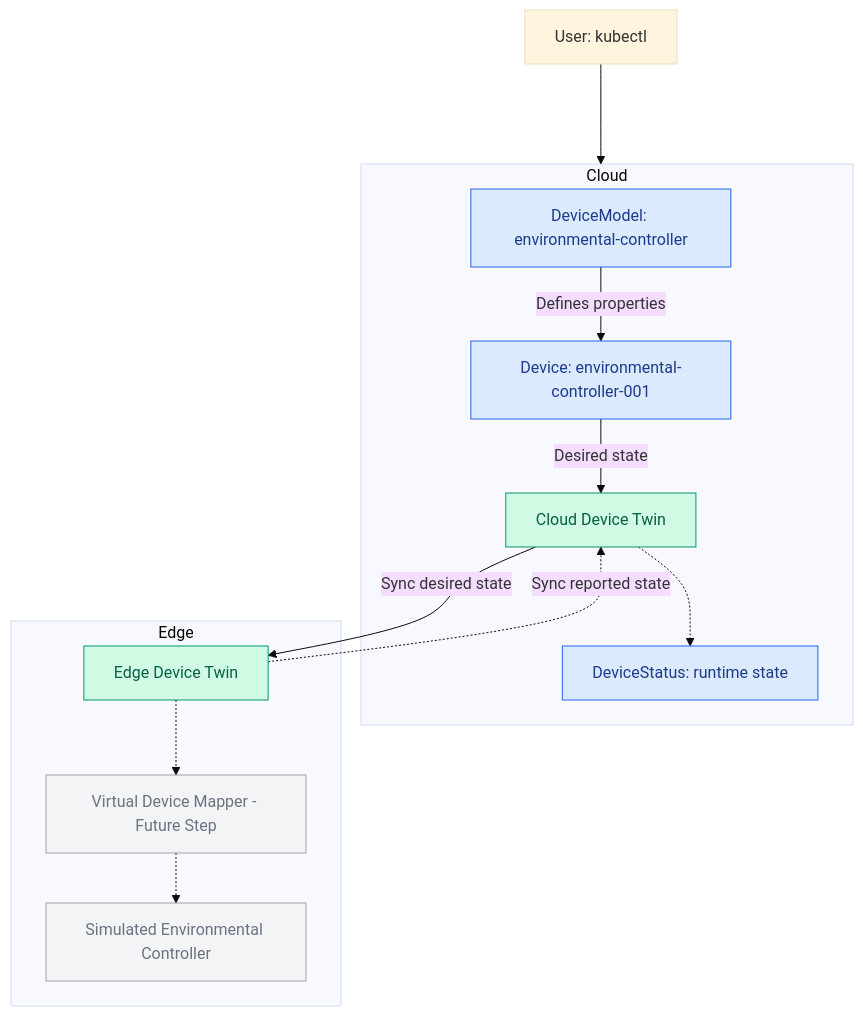
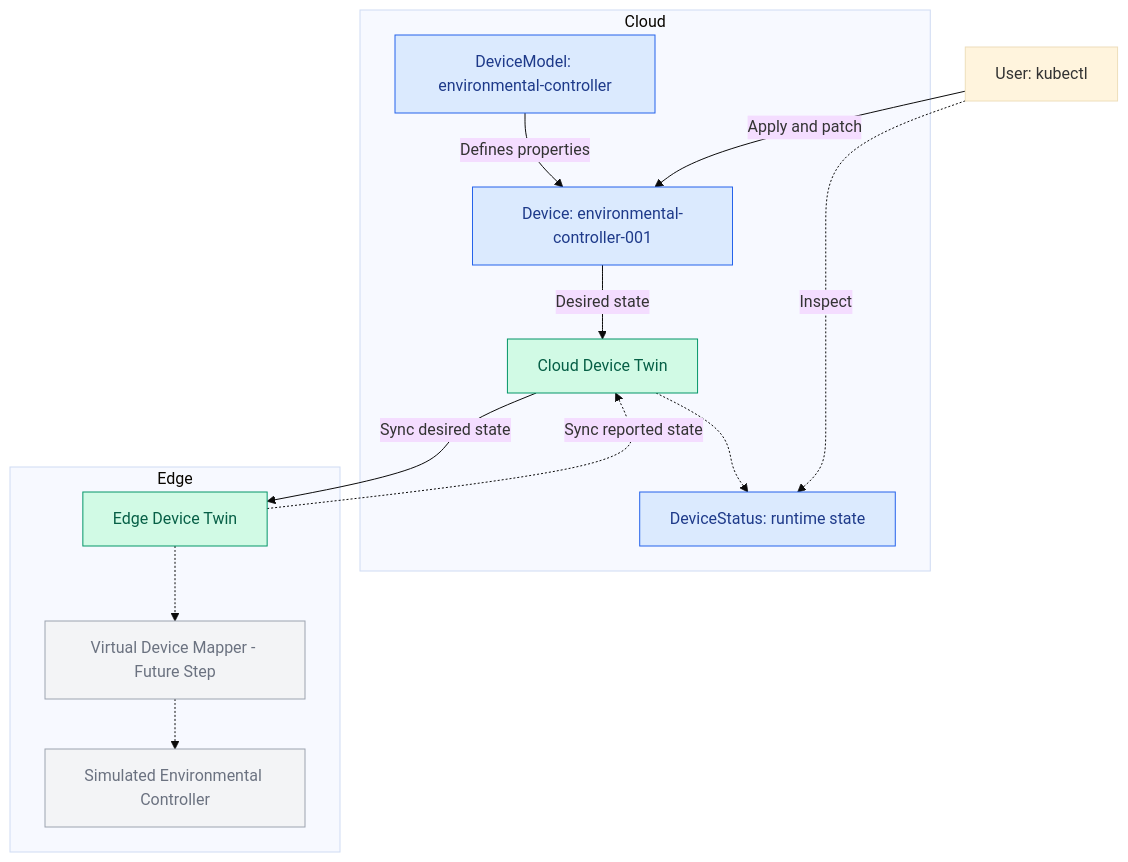
The second of 2 diagrams in README.md (neotera-eu/up2date4sdv-continuumx-playground), drawn with Mermaid (base theme) before and after one commit. The commit also changed other lines of this file, not shown here.

````diff
--- a/README.md
+++ b/README.md
@@ -336,40 +367,40 @@
 ```mermaid
 graph TB
     User["User: kubectl"]
 
     subgraph Cloud
         Model["DeviceModel: environmental-controller"]
         Device["Device: environmental-controller-001"]
         CloudTwin["Cloud Device Twin"]
         Status["DeviceStatus: runtime state"]
 
         Model -->|Defines properties| Device
         Device -->|Desired state| CloudTwin
         CloudTwin -.-> Status
     end
 
     subgraph Edge
         EdgeTwin["Edge Device Twin"]
         Mapper["Virtual Device Mapper - Future Step"]
         Virtual["Simulated Environmental Controller"]
 
         EdgeTwin -.-> Mapper
         Mapper -.-> Virtual
     end
-    %%User -->|Apply and patch| Device
-    %%User -.->|Inspect| Status
-    User ---> Cloud
+    User -->|Apply and patch| Device
+    User -.->|Inspect| Status
+    %%User ---> Cloud
 
     CloudTwin -->|Sync desired state| EdgeTwin
     EdgeTwin -.->|Sync reported state| CloudTwin
     %%Cloud --->|Sync desired state| Edge
 
     classDef resource fill:#dbeafe,stroke:#2563eb,color:#1e3a8a
     classDef twin fill:#d1fae5,stroke:#059669,color:#065f46
     classDef future fill:#f3f4f6,stroke:#9ca3af,color:#6b7280
 
     class Model,Device,Status resource
     class CloudTwin,EdgeTwin twin
     class Mapper,Virtual future
 
 ```
````
